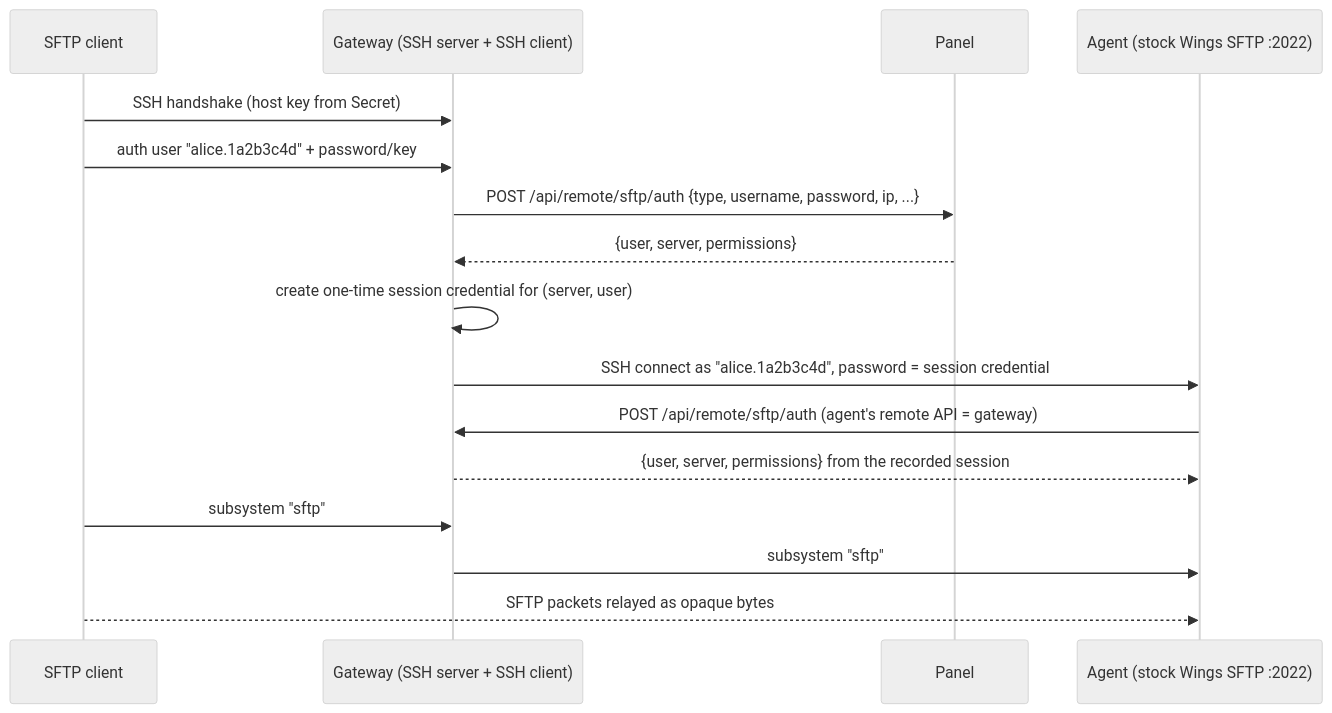
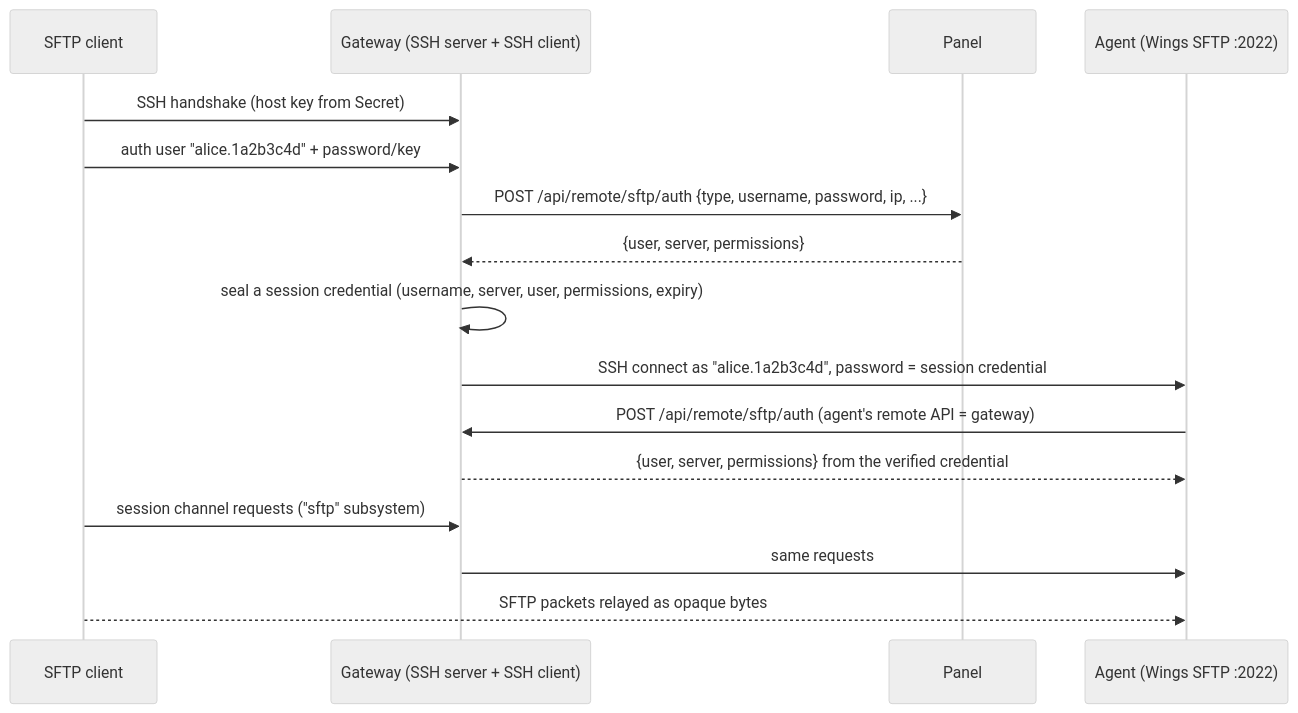
The second of 5 diagrams in ARCHITECTURE.md (Claiyc/pelican-k8s), drawn with Mermaid (neutral theme) before and after one commit. The commit also changed other lines of this file and 57 other files, not shown here.

````diff
--- a/ARCHITECTURE.md
+++ b/ARCHITECTURE.md
@@ -281,18 +266,18 @@
 ```mermaid
 sequenceDiagram
   participant C as SFTP client
   participant G as Gateway (SSH server + SSH client)
   participant P as Panel
-  participant A as Agent (stock Wings SFTP :2022)
+  participant A as Agent (Wings SFTP :2022)
   C->>G: SSH handshake (host key from Secret)
   C->>G: auth user "alice.1a2b3c4d" + password/key
   G->>P: POST /api/remote/sftp/auth {type, username, password, ip, ...}
   P-->>G: {user, server, permissions}
-  G->>G: create one-time session credential for (server, user)
+  G->>G: seal a session credential (username, server, user, permissions, expiry)
   G->>A: SSH connect as "alice.1a2b3c4d", password = session credential
   A->>G: POST /api/remote/sftp/auth (agent's remote API = gateway)
-  G-->>A: {user, server, permissions} from the recorded session
-  C->>G: subsystem "sftp"
-  G->>A: subsystem "sftp"
+  G-->>A: {user, server, permissions} from the verified credential
+  C->>G: session channel requests ("sftp" subsystem)
+  G->>A: same requests
   C-->>A: SFTP packets relayed as opaque bytes
 ```
````
